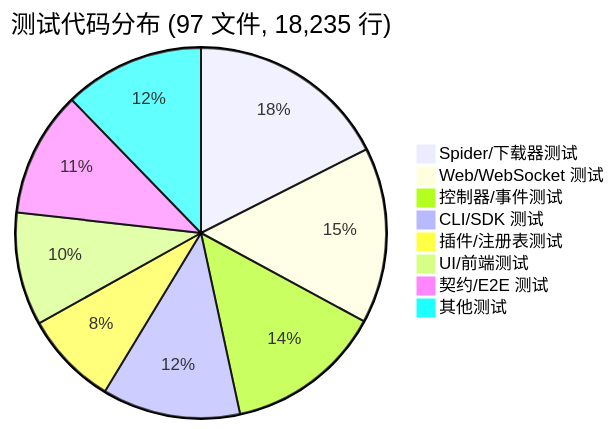
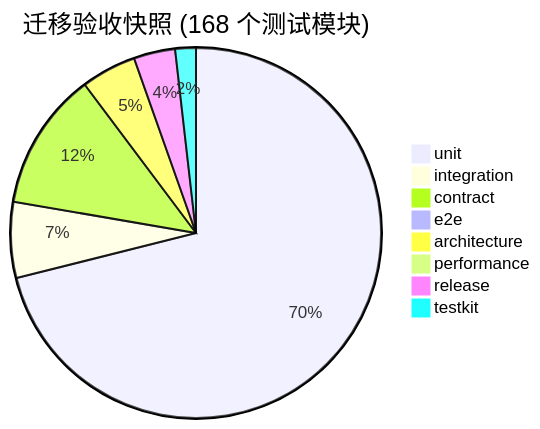
Before and after one commit to haohaizi554/UniversalCrawler: the first of 6 diagrams in mermaid/09-testing-and-quality.md, drawn with Mermaid. The commit also changed other lines of this file and 274 other files, not shown here.

````diff
--- a/mermaid/09-testing-and-quality.md
+++ b/mermaid/09-testing-and-quality.md
@@ -5,11 +5,11 @@
 ```mermaid
-pie title 测试代码分布 (97 文件, 18,235 行)
-    "Spider/下载器测试" : 3200
-    "Web/WebSocket 测试" : 2800
-    "控制器/事件测试" : 2500
-    "CLI/SDK 测试" : 2200
-    "插件/注册表测试" : 1500
-    "UI/前端测试" : 1800
-    "契约/E2E 测试" : 2000
-    "其他测试" : 2235
+pie title 迁移验收快照 (168 个测试模块)
+    "unit" : 118
+    "integration" : 11
+    "contract" : 20
+    "e2e" : 1
+    "architecture" : 8
+    "performance" : 1
+    "release" : 6
+    "testkit" : 3
 ```
````
